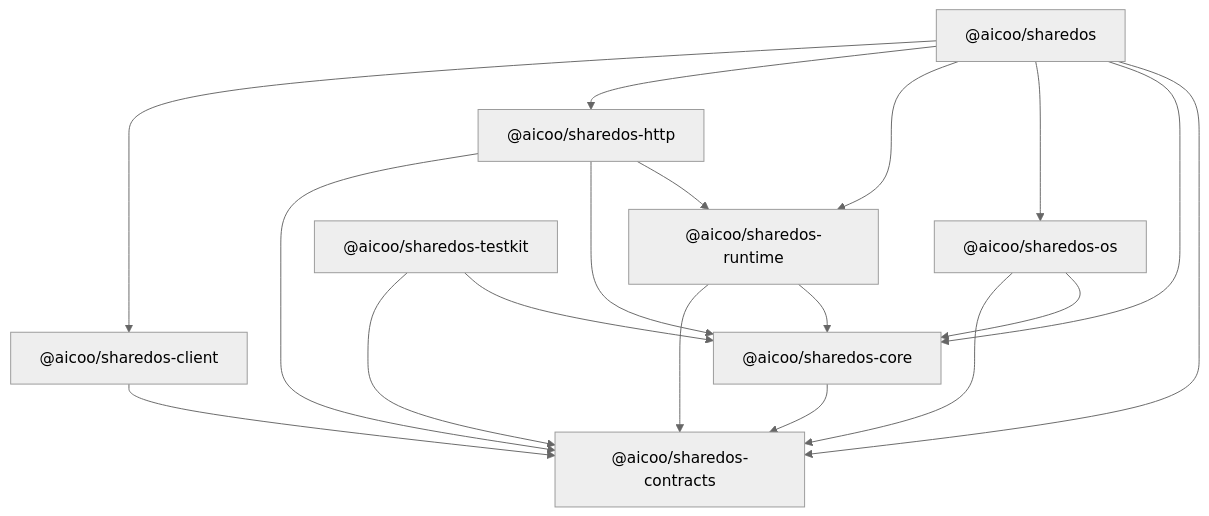
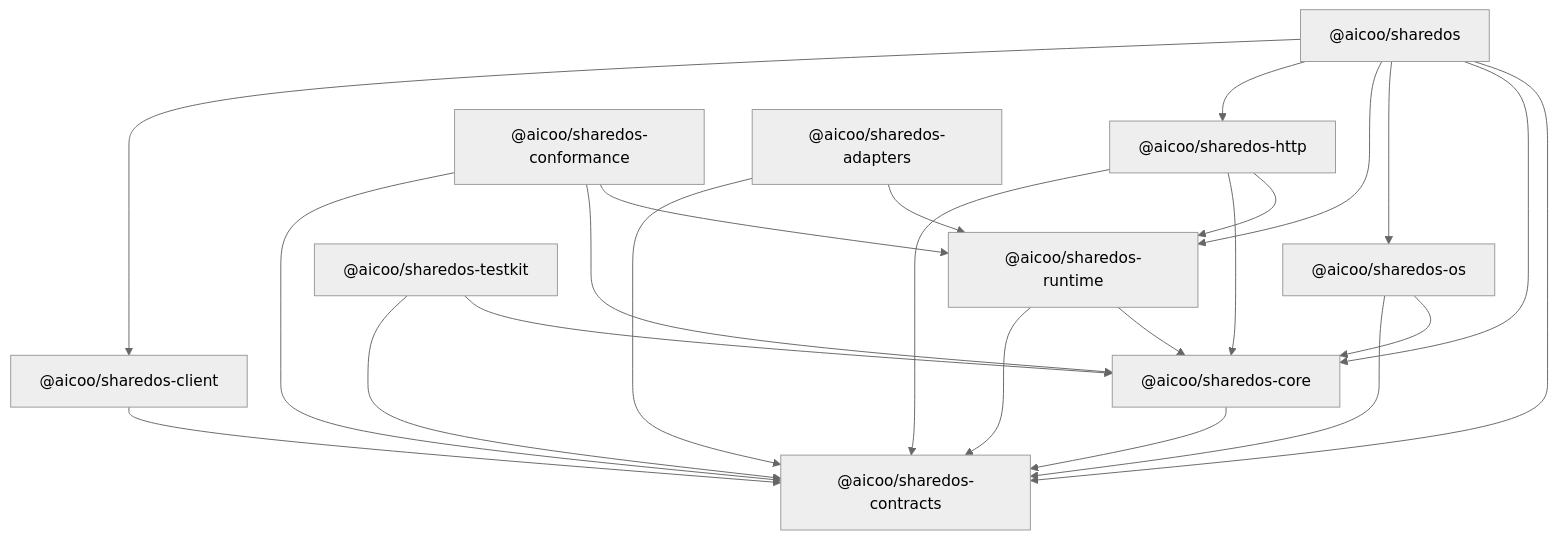
The first of 2 diagrams in docs/architecture.md (Aicoo-Team/SharedOS), drawn with Mermaid (neutral theme) before and after one commit. The commit also changed other lines of this file and 12 other files, not shown here.

````diff
--- a/docs/architecture.md
+++ b/docs/architecture.md
@@ -36,21 +36,26 @@
 ```mermaid
 flowchart TD
   CT["@aicoo/sharedos-contracts"]
   CO["@aicoo/sharedos-core"] --> CT
   OS["@aicoo/sharedos-os"] --> CO
   OS --> CT
   RT["@aicoo/sharedos-runtime"] --> CO
   RT --> CT
   HT["@aicoo/sharedos-http"] --> RT
   HT --> CO
   HT --> CT
   CL["@aicoo/sharedos-client"] --> CT
   SDK["@aicoo/sharedos"] --> CT
   SDK --> CO
   SDK --> OS
   SDK --> RT
   SDK --> HT
   SDK --> CL
   TK["@aicoo/sharedos-testkit"] --> CO
   TK --> CT
+  CF["@aicoo/sharedos-conformance"] --> RT
+  CF --> CO
+  CF --> CT
+  AD["@aicoo/sharedos-adapters"] --> RT
+  AD --> CT
 ```
````
